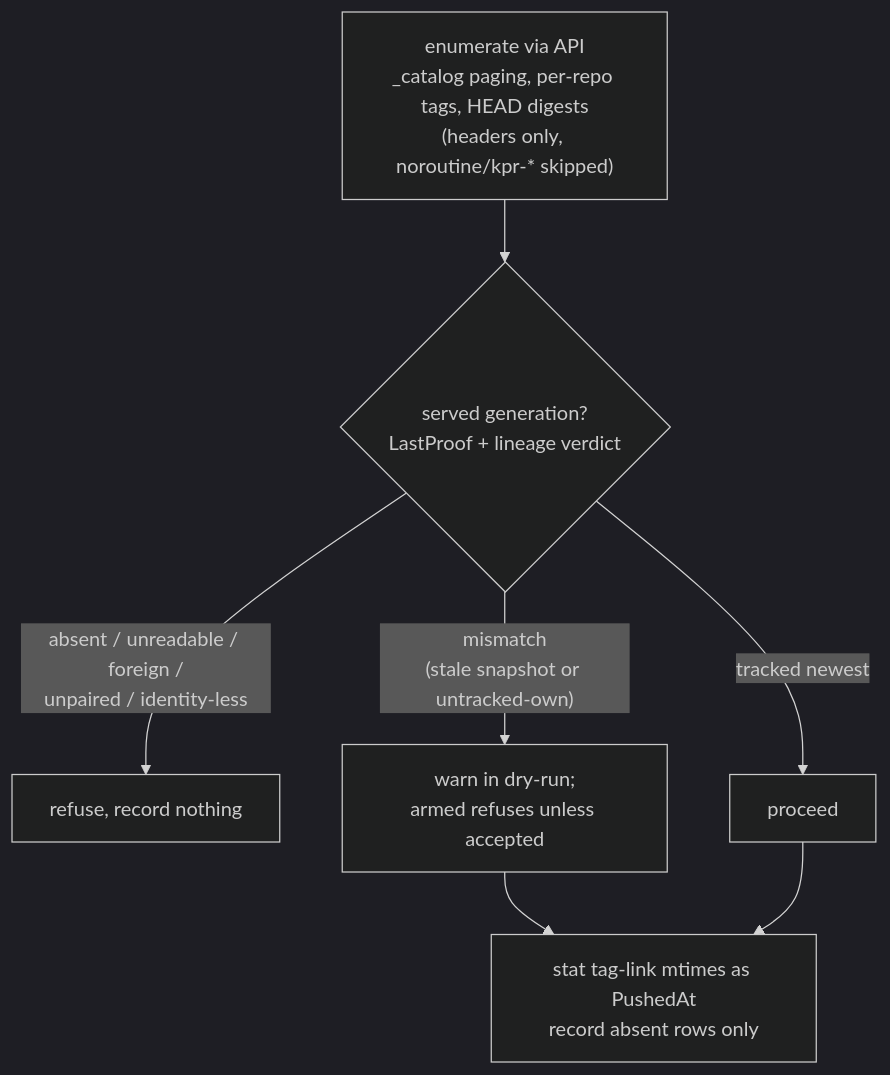
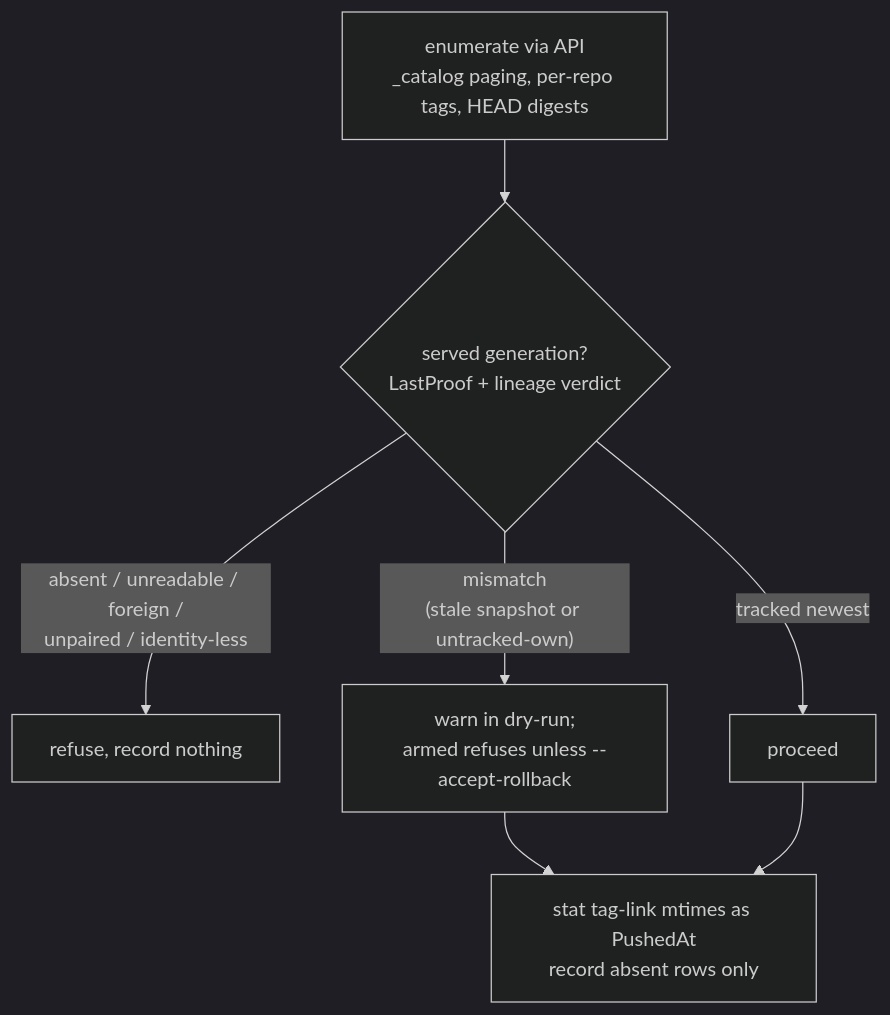
One commit to noroutine/kpr changed the diagram in docs/BACKFILL.md. Above: the diagram before and after it, drawn with Mermaid (dark theme). The commit also changed other lines of this file and 18 other files, not shown here.

````diff
--- a/docs/BACKFILL.md
+++ b/docs/BACKFILL.md
@@ -34,9 +55,9 @@
 ```mermaid
 flowchart TB
-    enum["enumerate via API\n_catalog paging, per-repo tags, HEAD digests\n(headers only, noroutine/kpr-* skipped)"] --> gate{"served generation?\nLastProof + lineage verdict"}
+    enum["enumerate via API\n_catalog paging, per-repo tags, HEAD digests"] --> gate{"served generation?\nLastProof + lineage verdict"}
     gate -- "absent / unreadable / foreign /\nunpaired / identity-less" --> refuse["refuse, record nothing"]
-    gate -- "mismatch\n(stale snapshot or untracked-own)" --> warn["warn in dry-run;\narmed refuses unless accepted"]
+    gate -- "mismatch\n(stale snapshot or untracked-own)" --> warn["warn in dry-run;\narmed refuses unless --accept-rollback"]
     gate -- "tracked newest" --> hold["proceed"]
     warn --> mtime["stat tag-link mtimes as PushedAt\nrecord absent rows only"]
-    hold --> mtime["stat tag-link mtimes as PushedAt\nrecord absent rows only"]
+    hold --> mtime
 ```
````
